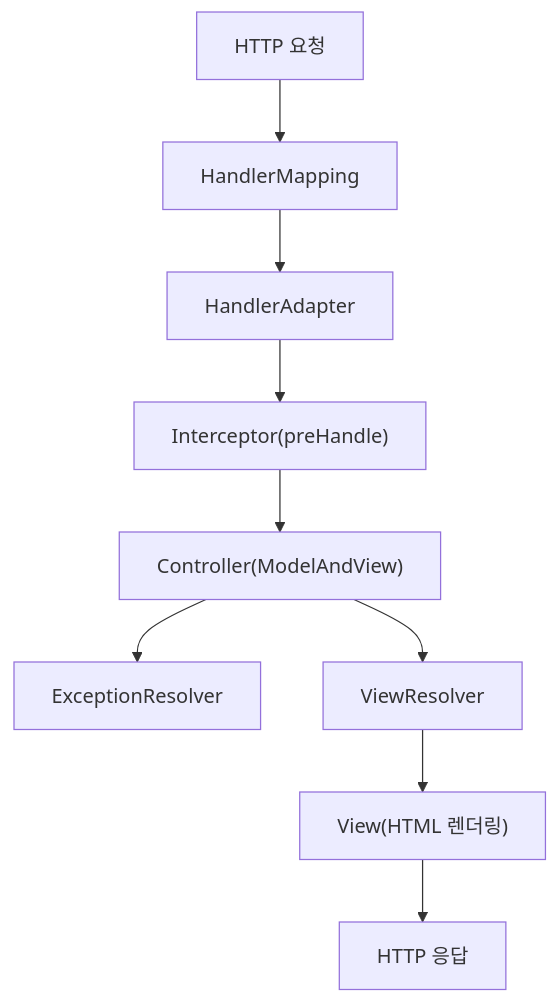
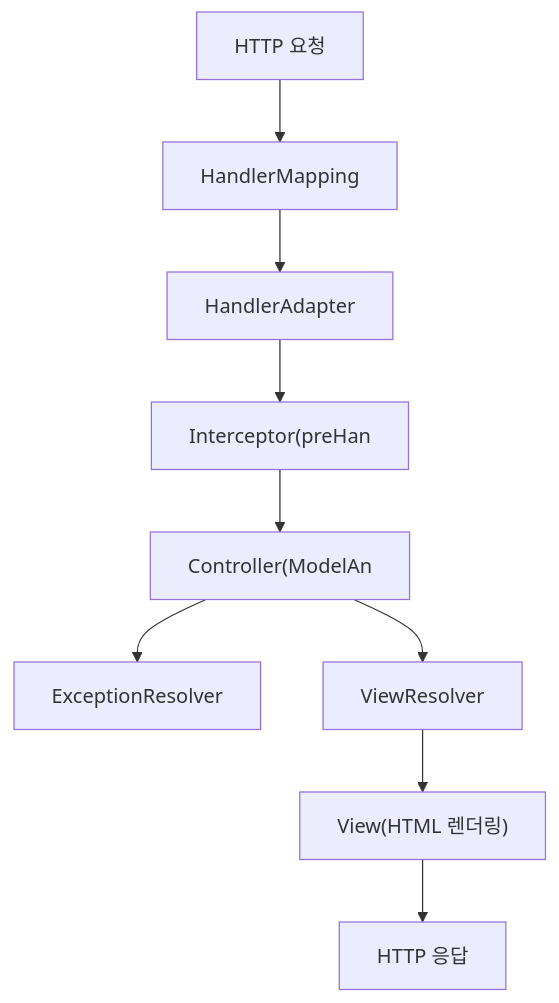
One commit to yjkim2015/yjkim2015.github.io changed the fourth of 5 diagrams in _posts/spring/2020-08-10-스프링 동작 구조.md. Above: the diagram before and after it, drawn with Mermaid. The commit also changed other lines of this file and 271 other files, not shown here.

First line of the commit message:
Mermaid 라벨 축소: 긴 노드 텍스트 18자 이하로 트림 + \n 제거

````diff
--- a/_posts/spring/2020-08-10-스프링 동작 구조.md
+++ b/_posts/spring/2020-08-10-스프링 동작 구조.md
@@ -166,11 +166,11 @@
 ```mermaid
 graph TD
     REQ["HTTP 요청"] --> HM["HandlerMapping"]
     HM --> HA["HandlerAdapter"]
-    HA --> IC["Interceptor(preHandle)"]
-    IC --> CTRL["Controller(ModelAndView)"]
+    HA --> IC["Interceptor(preHan"]
+    IC --> CTRL["Controller(ModelAn"]
     CTRL --> EX["ExceptionResolver"]
     CTRL --> VR["ViewResolver"]
     VR --> VIEW["View(HTML 렌더링)"]
     VIEW --> RESP["HTTP 응답"]
 ```
````
